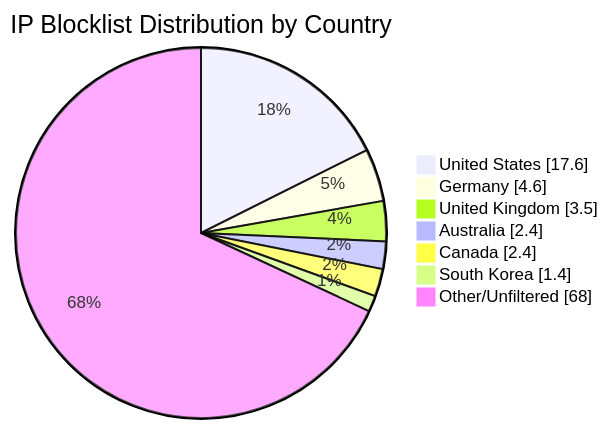
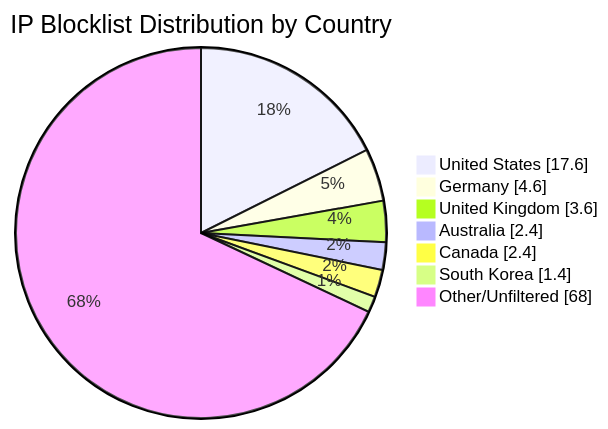
Before and after one commit to MarcusHoltz/ipblocklist-geofiltered-aggregator: the diagram in README.md, drawn with Mermaid. The commit also changed other lines of this file and 9 other files, not shown here.

````diff
--- a/README.md
+++ b/README.md
@@ -34,10 +34,10 @@
 ```mermaid
 pie showData title IP Blocklist Distribution by Country
 "United States" : 17.6
 "Germany" : 4.6
-"United Kingdom" : 3.5
+"United Kingdom" : 3.6
 "Australia" : 2.4
 "Canada" : 2.4
 "South Korea" : 1.4
 "Other/Unfiltered" : 68.0
 ```
````
